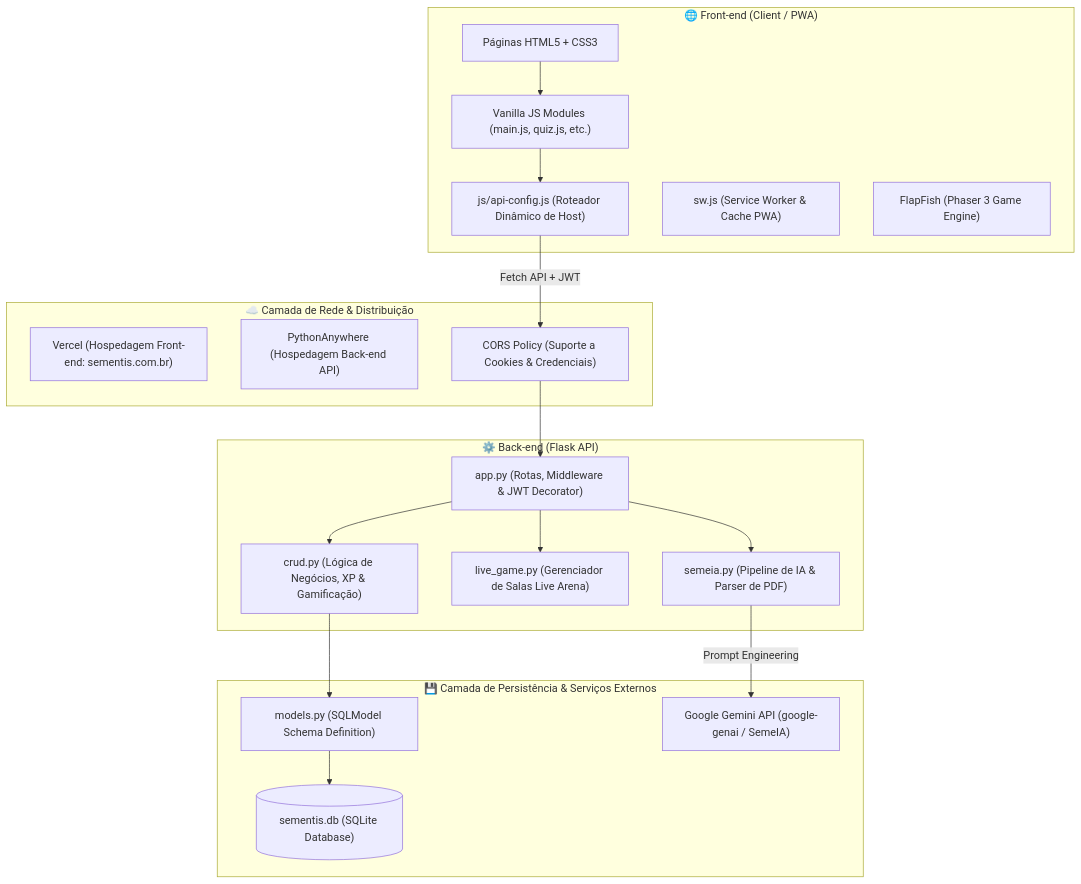
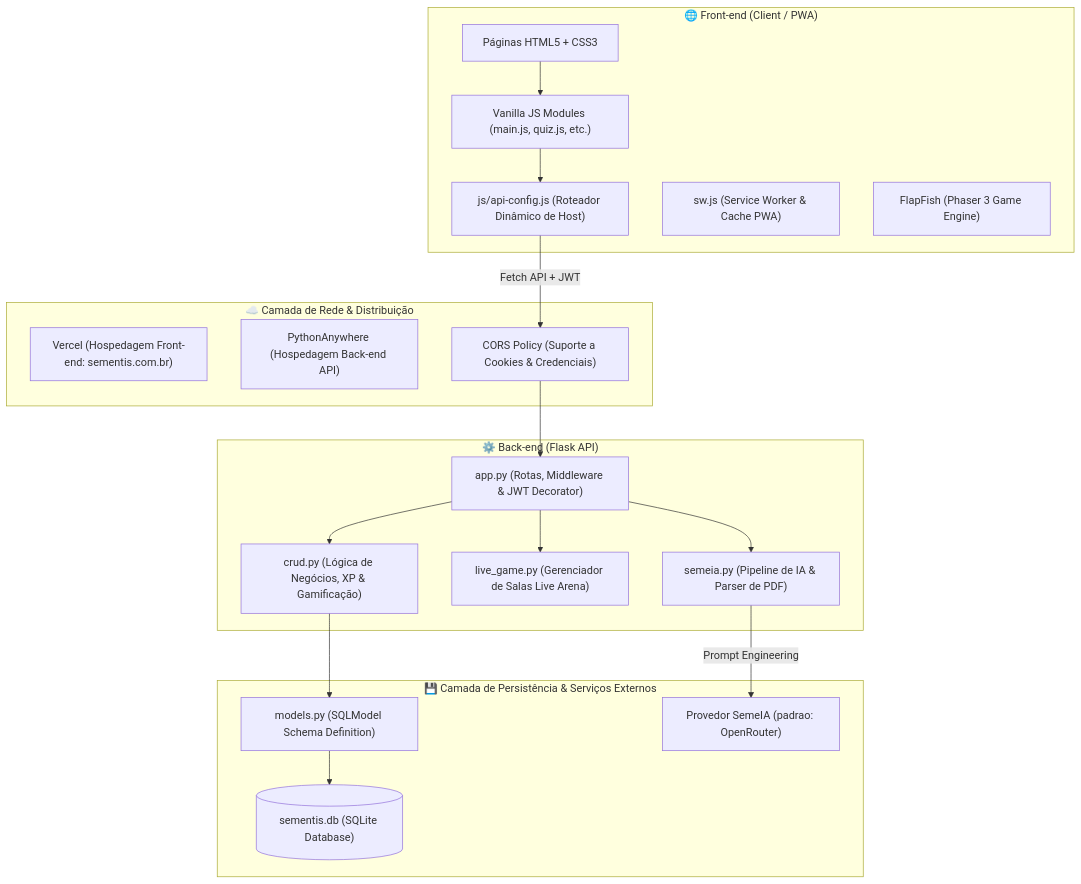
The first of 2 diagrams in docs/wiki/02-arquitetura-geral.md (PHenrique07/Sementis-IFSP-Pirituba), drawn with Mermaid before and after one commit. The commit also changed other lines of this file and 309 other files, not shown here.

````diff
--- a/docs/wiki/02-arquitetura-geral.md
+++ b/docs/wiki/02-arquitetura-geral.md
@@ -9,40 +9,40 @@
 ```mermaid
 flowchart TD
     subgraph CLIENTE["🌐 Front-end (Client / PWA)"]
         UI["Páginas HTML5 + CSS3"]
         VJS["Vanilla JS Modules (main.js, quiz.js, etc.)"]
         APICFG["js/api-config.js (Roteador Dinâmico de Host)"]
         SW["sw.js (Service Worker & Cache PWA)"]
         PHASER["FlapFish (Phaser 3 Game Engine)"]
     end
 
     subgraph REDE["☁️ Camada de Rede & Distribuição"]
         VERCEL["Vercel (Hospedagem Front-end: sementis.com.br)"]
         PYTHONANYWHERE["PythonAnywhere (Hospedagem Back-end API)"]
         CORS["CORS Policy (Suporte a Cookies & Credenciais)"]
     end
 
     subgraph BACKEND["⚙️ Back-end (Flask API)"]
         APP["app.py (Rotas, Middleware & JWT Decorator)"]
         CRUD["crud.py (Lógica de Negócios, XP & Gamificação)"]
         LIVE["live_game.py (Gerenciador de Salas Live Arena)"]
         SEMEIA["semeia.py (Pipeline de IA & Parser de PDF)"]
     end
 
     subgraph DADOS["💾 Camada de Persistência & Serviços Externos"]
         MODELS["models.py (SQLModel Schema Definition)"]
         SQLITE[("sementis.db (SQLite Database)")]
-        GEMINI["Google Gemini API (google-genai / SemeIA)"]
+        GEMINI["Provedor SemeIA (padrao: OpenRouter)"]
     end
 
     UI --> VJS
     VJS --> APICFG
     APICFG -->|Fetch API + JWT| CORS
     CORS --> APP
     APP --> CRUD
     APP --> LIVE
     APP --> SEMEIA
     SEMEIA -->|Prompt Engineering| GEMINI
     CRUD --> MODELS
     MODELS --> SQLITE
 ```
````
